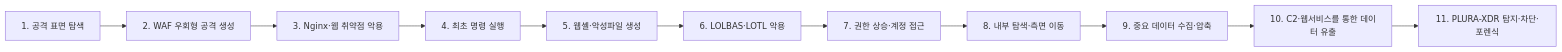
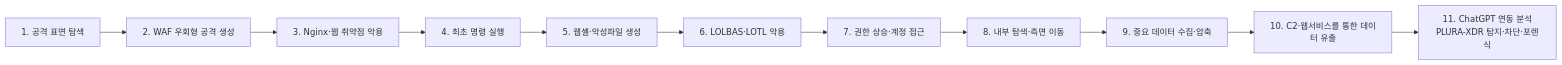
The fourth of 5 diagrams in ko/proposal/lg/poc-full.md (qubitsec/plura), drawn with Mermaid before and after one commit. The commit also changed other lines of this file, not shown here.

````diff
--- a/ko/proposal/lg/poc-full.md
+++ b/ko/proposal/lg/poc-full.md
@@ -271,17 +278,17 @@
 ```mermaid
 flowchart LR
     S1["1. 공격 표면 탐색"]
     S2["2. WAF 우회형 공격 생성"]
     S3["3. Nginx·웹 취약점 악용"]
     S4["4. 최초 명령 실행"]
     S5["5. 웹셸·악성파일 생성"]
     S6["6. LOLBAS·LOTL 악용"]
     S7["7. 권한 상승·계정 접근"]
     S8["8. 내부 탐색·측면 이동"]
     S9["9. 중요 데이터 수집·압축"]
     S10["10. C2·웹서비스를 통한 데이터 유출"]
-    S11["11. PLURA-XDR 탐지·차단·포렌식"]
+    S11["11. ChatGPT 연동 분석<br/>PLURA-XDR 탐지·차단·포렌식"]
 
     S1 --> S2 --> S3 --> S4 --> S5 --> S6
     S6 --> S7 --> S8 --> S9 --> S10 --> S11
 ```
````
